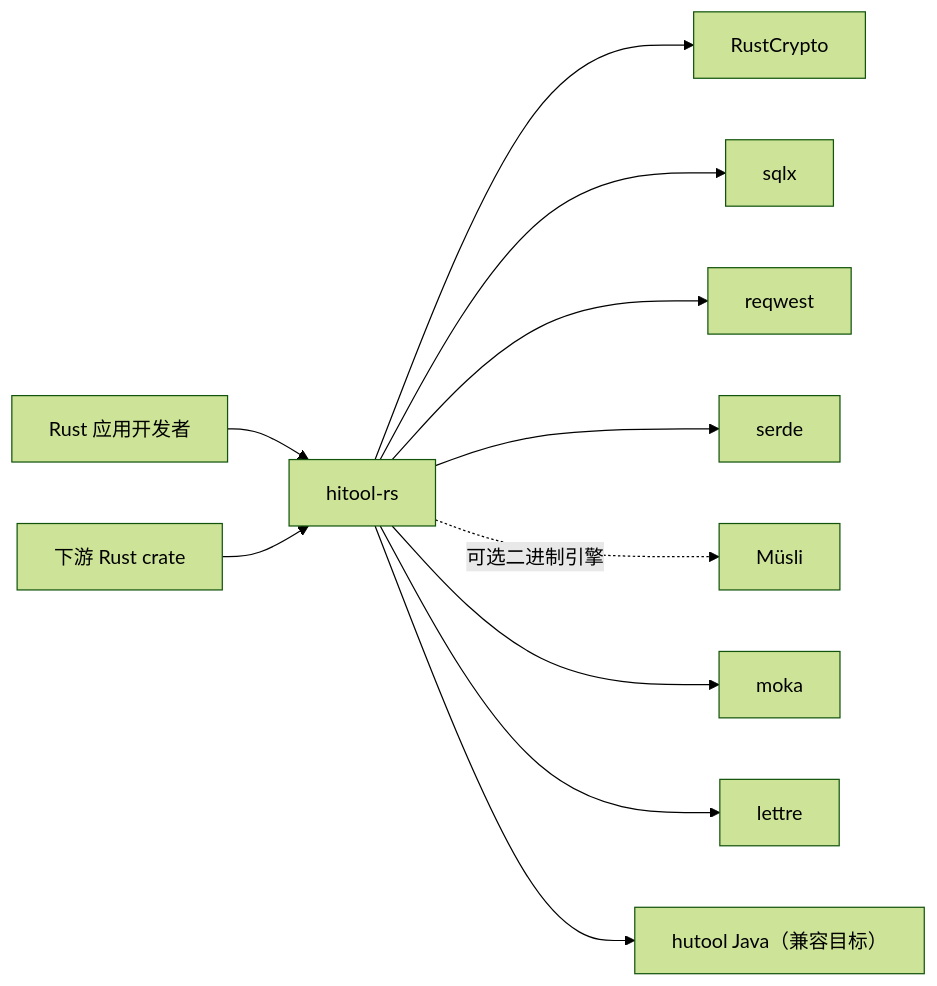
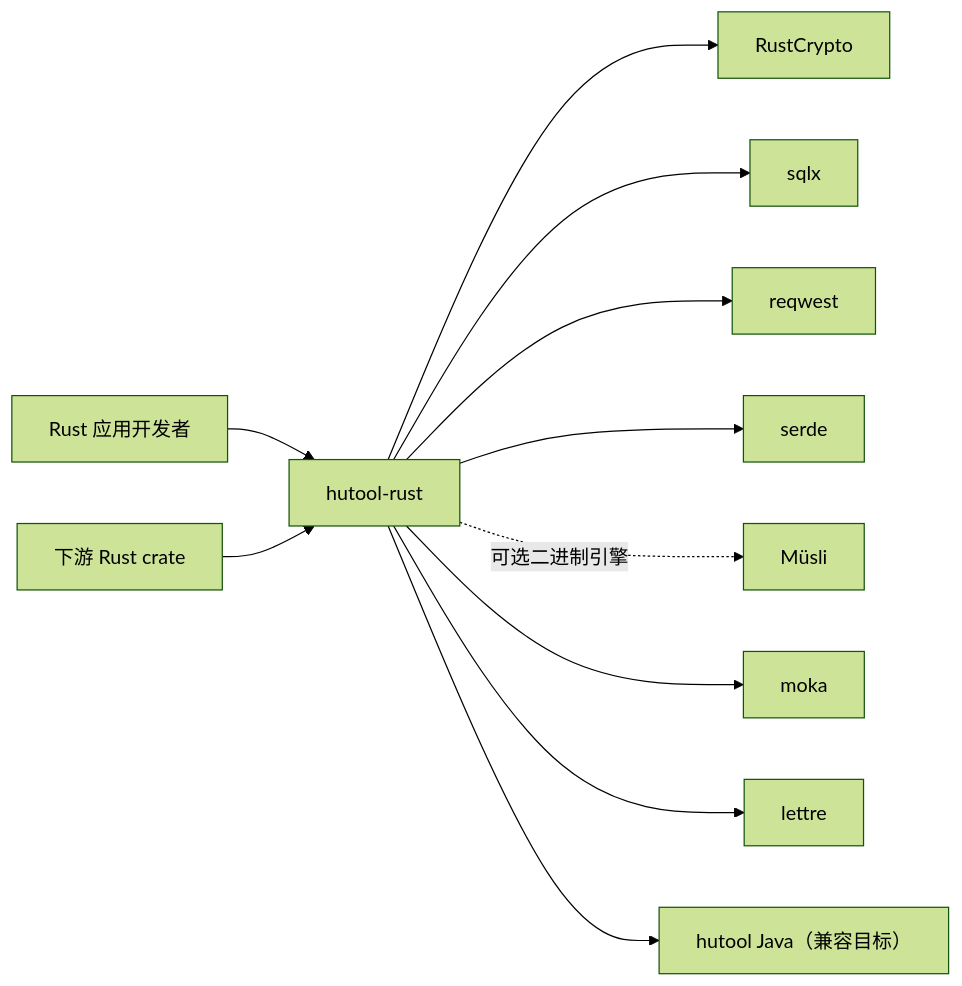
One commit to hiwepy/hitool-rs changed the first of 3 diagrams in docs/architecture.zh_CN.md. Above: the diagram before and after it, drawn with Mermaid (forest theme). The commit also changed other lines of this file and 1656 other files, not shown here.

First line of the commit message:
refactor: rename hitool-rs → hutool-rust

````diff
--- a/docs/architecture.zh_CN.md
+++ b/docs/architecture.zh_CN.md
@@ -184,13 +184,13 @@
 ```mermaid
 flowchart LR
-    User["Rust 应用开发者"] --> System["hitool-rs"]
+    User["Rust 应用开发者"] --> System["hutool-rust"]
     App["下游 Rust crate"] --> System
     System --> RustCrypto["RustCrypto"]
     System --> Sqlx["sqlx"]
     System --> Reqwest["reqwest"]
     System --> Serde["serde"]
     System -. 可选二进制引擎 .-> Musli["Müsli"]
     System --> Moka["moka"]
     System --> Lettre["lettre"]
     System --> Hutool["hutool Java（兼容目标）"]
 ```
````
